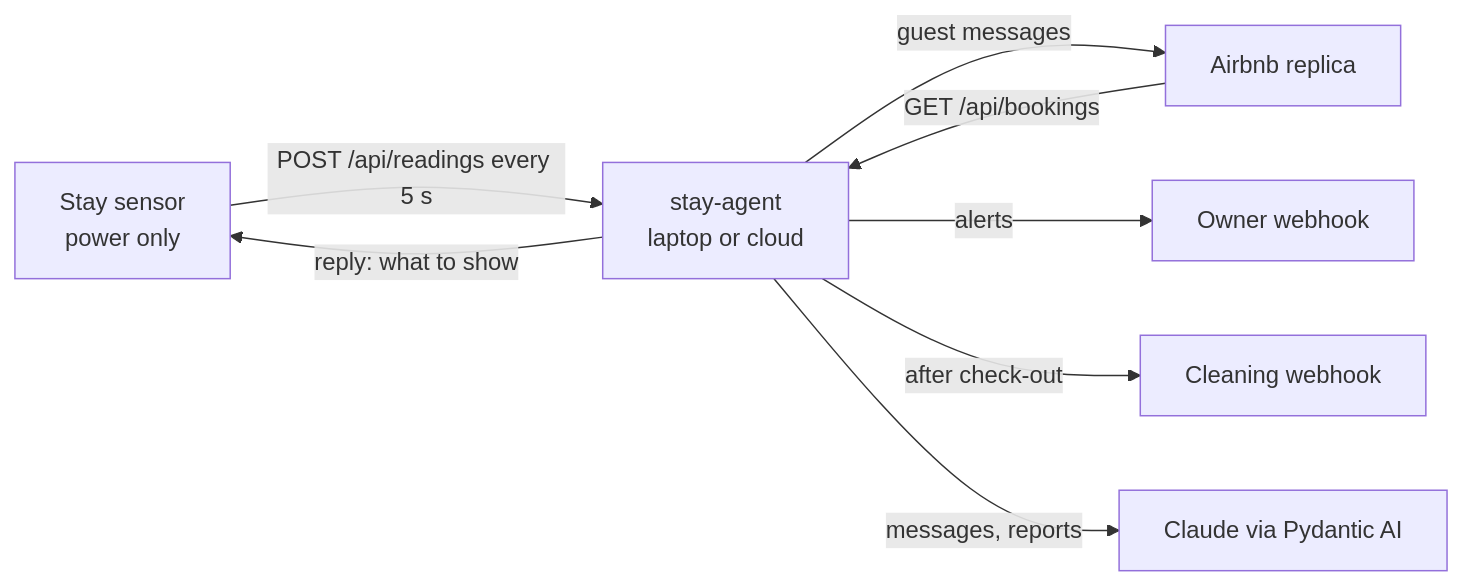
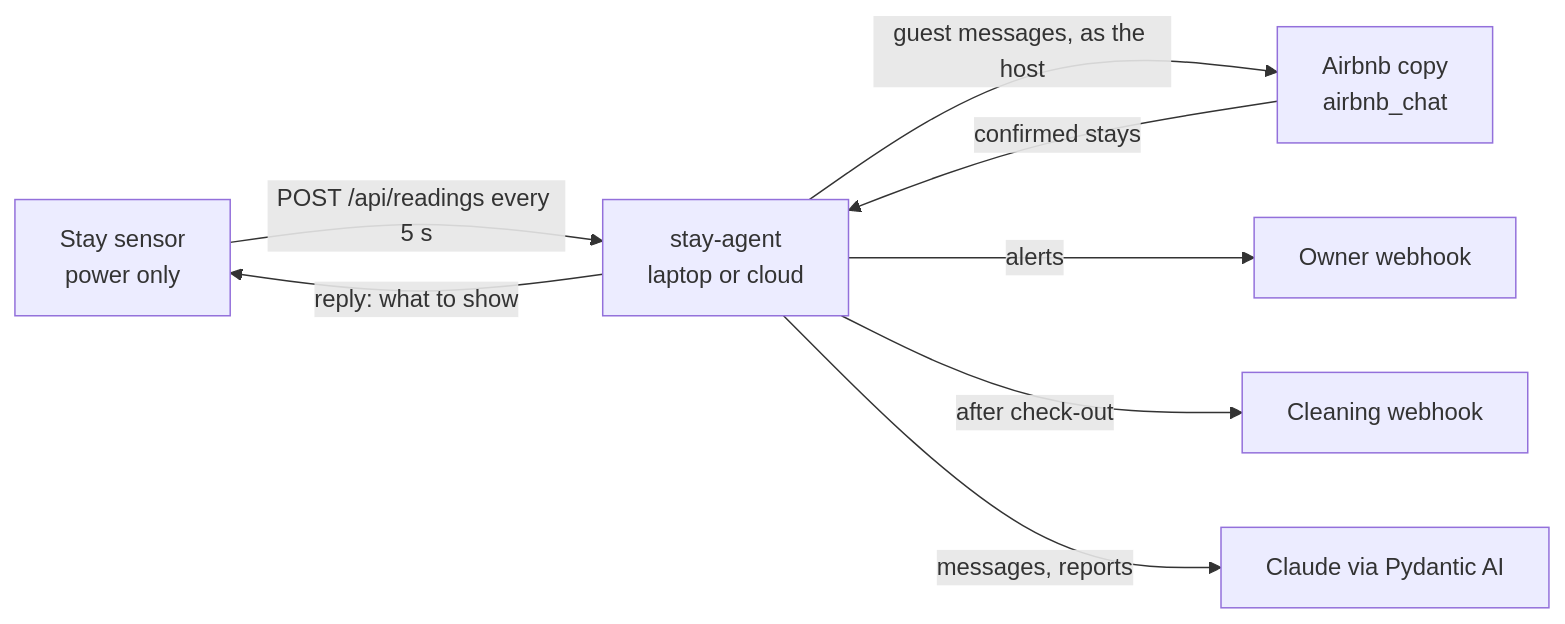
The diagram in stay_agent/README.md (lidalbak/hackathon), drawn with Mermaid before and after one commit. The commit also changed other lines of this file and 8 other files, not shown here.

First line of the commit message:
Connect the stay agent to the Airbnb copy

````diff
--- a/stay_agent/README.md
+++ b/stay_agent/README.md
@@ -8,10 +8,10 @@
 ```mermaid
 flowchart LR
     D[Stay sensor<br/>power only] -- "POST /api/readings every 5 s" --> S[stay-agent<br/>laptop or cloud]
     S -- "reply: what to show" --> D
-    R[Airbnb replica] -- "GET /api/bookings" --> S
-    S -- "guest messages" --> R
+    R[Airbnb copy<br/>airbnb_chat] -- "confirmed stays" --> S
+    S -- "guest messages, as the host" --> R
     S -- "alerts" --> O[Owner webhook]
     S -- "after check-out" --> C[Cleaning webhook]
     S -- "messages, reports" --> CL[Claude via Pydantic AI]
 ```
````
